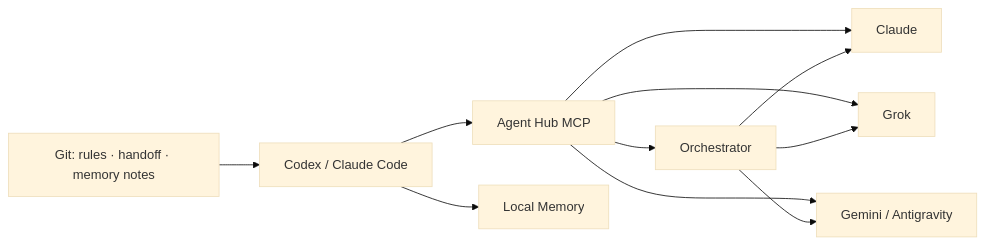
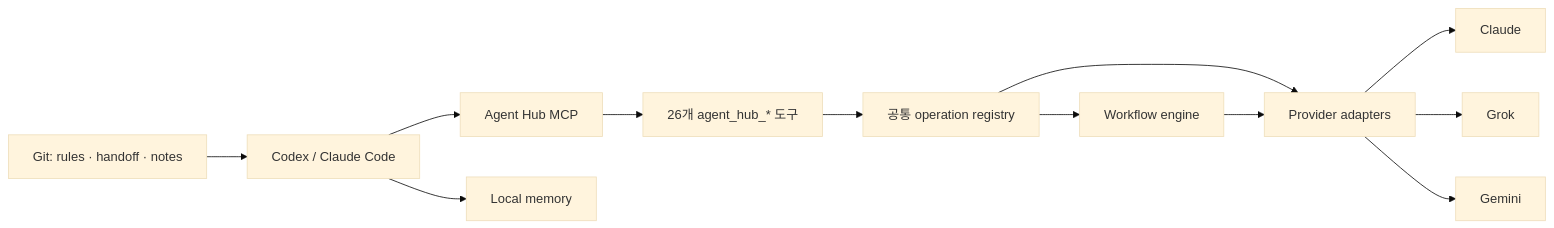
One commit to Meapri/agent-hub changed the diagram in README.md. Above: the diagram before and after it, drawn with Mermaid (base theme). The commit also changed other lines of this file and 26 other files, not shown here.

Commit message:
refactor: finalize unified agent hub interface

````diff
--- a/README.md
+++ b/README.md
@@ -22,13 +24,14 @@
 ```mermaid
 flowchart LR
-    H["Codex / Claude Code"] --> A["Agent Hub MCP"]
-    H --> M["Local Memory"]
-    A --> O["Orchestrator"]
-    A --> C["Claude"]
-    A --> X["Grok"]
-    A --> G["Gemini / Antigravity"]
-    O --> C
-    O --> X
-    O --> G
-    R["Git: rules · handoff · memory notes"] --> H
+    C["Codex / Claude Code"] --> H["Agent Hub MCP"]
+    H --> A["26개 agent_hub_* 도구"]
+    A --> O["공통 operation registry"]
+    O --> P["Provider adapters"]
+    P --> CL["Claude"]
+    P --> GR["Grok"]
+    P --> GE["Gemini"]
+    O --> W["Workflow engine"]
+    W --> P
+    C --> M["Local memory"]
+    R["Git: rules · handoff · notes"] --> C
 ```
````
